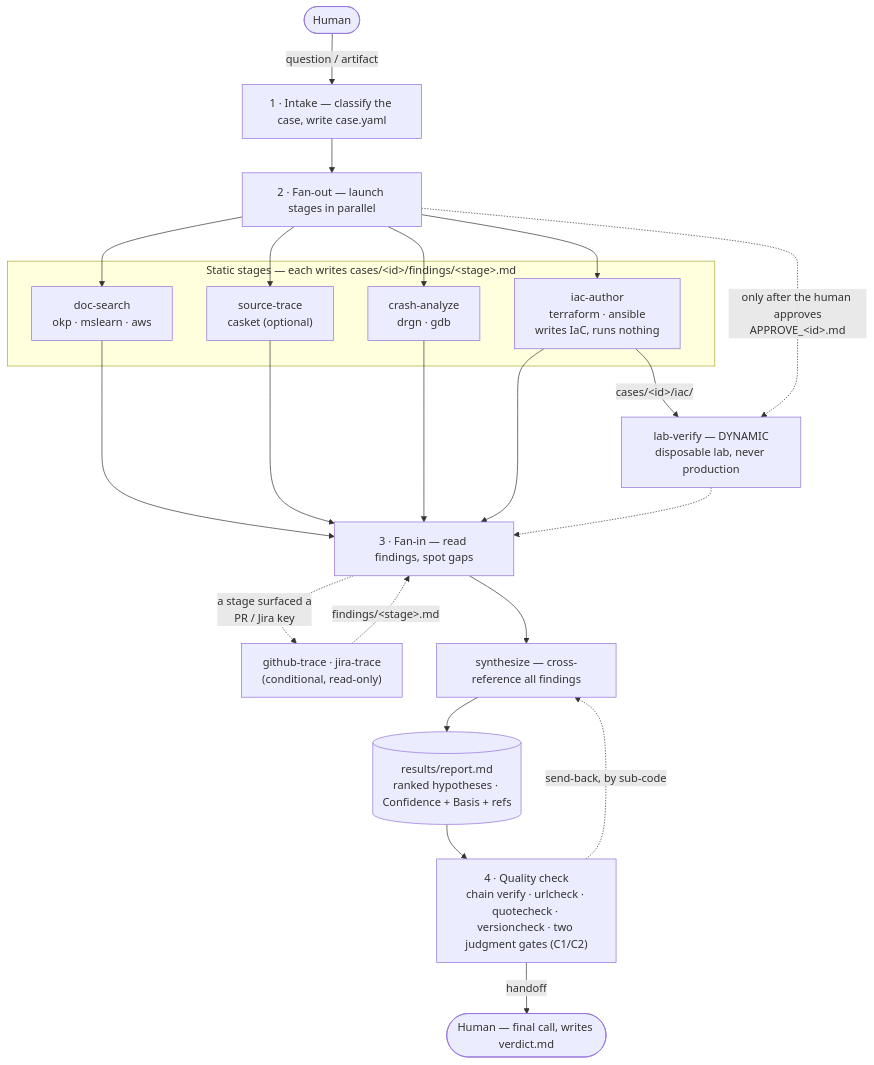
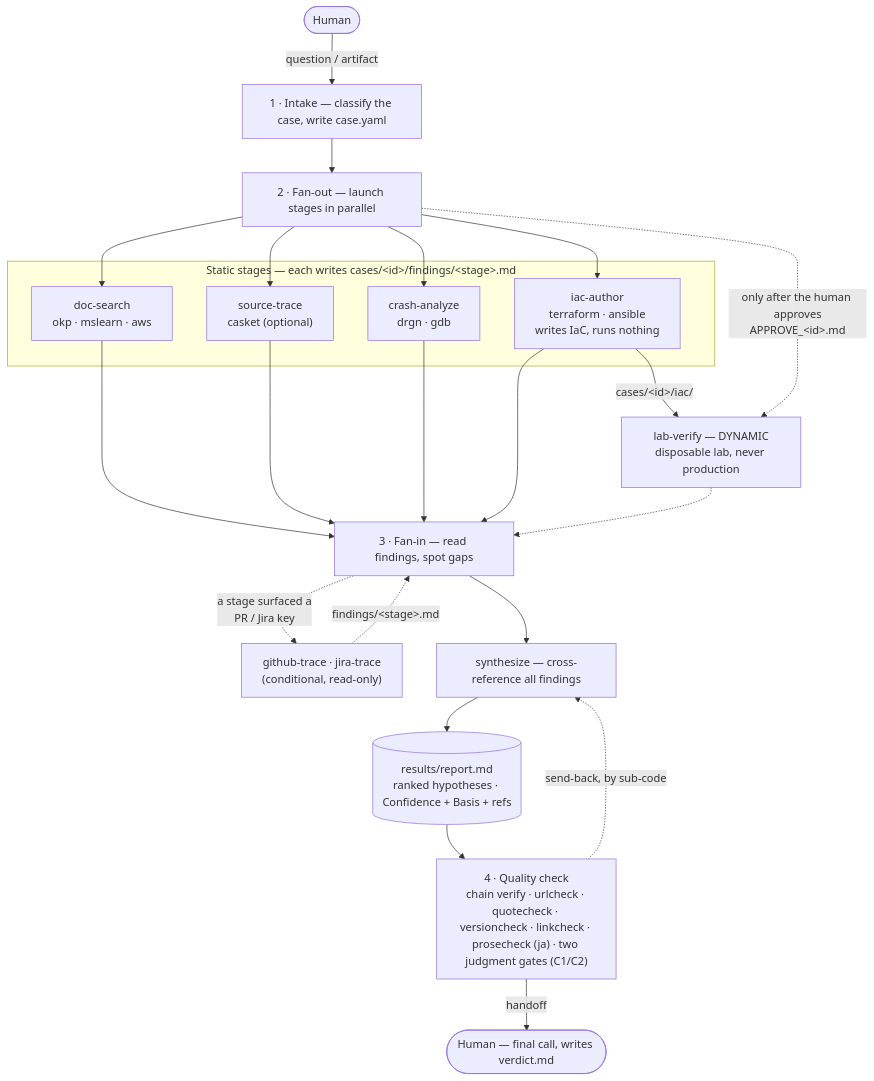
Before and after one commit to nogunix/janus: the first of 2 diagrams in README.md, drawn with Mermaid. The commit also changed other lines of this file and 10 other files, not shown here.

````diff
--- a/README.md
+++ b/README.md
@@ -33,34 +33,34 @@
 ```mermaid
 flowchart TD
     human(["Human"]) -->|"question / artifact"| intake
 
     intake["1&nbsp;· Intake — classify the case, write case.yaml"] --> fanout
     fanout["2&nbsp;· Fan-out — launch stages in parallel"]
 
     subgraph stages["Static stages — each writes cases/&lt;id&gt;/findings/&lt;stage&gt;.md"]
         ds["doc-search<br/>okp · mslearn · aws"]
         st["source-trace<br/>casket (optional)"]
         ca["crash-analyze<br/>drgn · gdb"]
         ia["iac-author<br/>terraform · ansible<br/>writes IaC, runs nothing"]
     end
 
     lv["lab-verify — DYNAMIC<br/>disposable lab, never production"]
 
     fanout --> ds & st & ca & ia
     ia -->|"cases/&lt;id&gt;/iac/"| lv
     fanout -.->|"only after the human approves<br/>APPROVE_&lt;id&gt;.md"| lv
 
     ds & st & ca & ia --> fanin
     lv -.-> fanin
     fanin["3&nbsp;· Fan-in — read findings, spot gaps"]
 
     follow["github-trace · jira-trace<br/>(conditional, read-only)"]
     fanin -.->|"a stage surfaced a<br/>PR / Jira key"| follow
     follow -.->|"findings/&lt;stage&gt;.md"| fanin
 
     fanin --> syn["synthesize — cross-reference all findings"]
     syn --> report[("results/report.md<br/>ranked hypotheses · Confidence + Basis + refs")]
-    report --> qc["4&nbsp;· Quality check<br/>chain verify · urlcheck · quotecheck · versioncheck · two judgment gates (C1/C2)"]
+    report --> qc["4&nbsp;· Quality check<br/>chain verify · urlcheck · quotecheck · versioncheck · linkcheck · prosecheck (ja) · two judgment gates (C1/C2)"]
     qc -.->|"send-back, by sub-code"| syn
     qc -->|"handoff"| human2(["Human — final call, writes verdict.md"])
 ```
````
